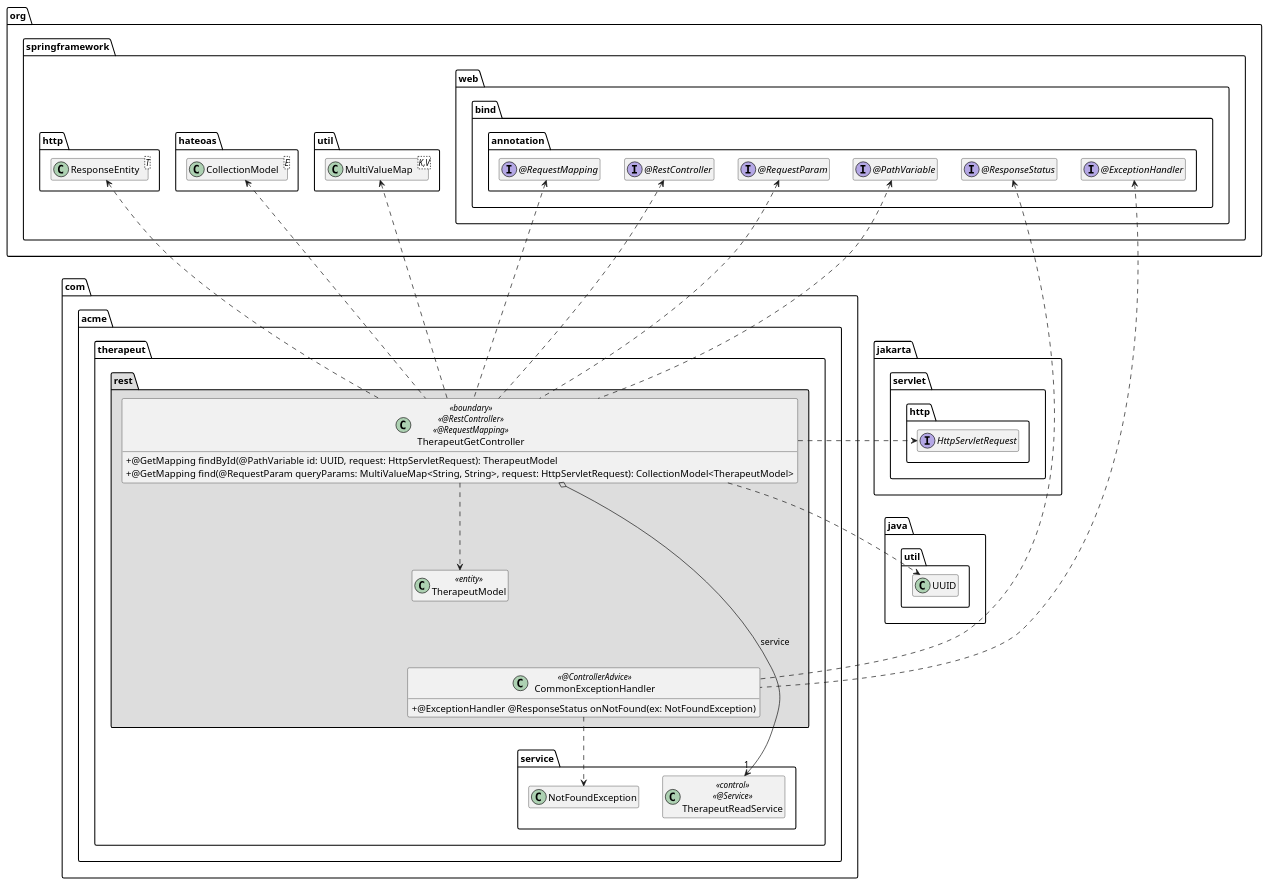
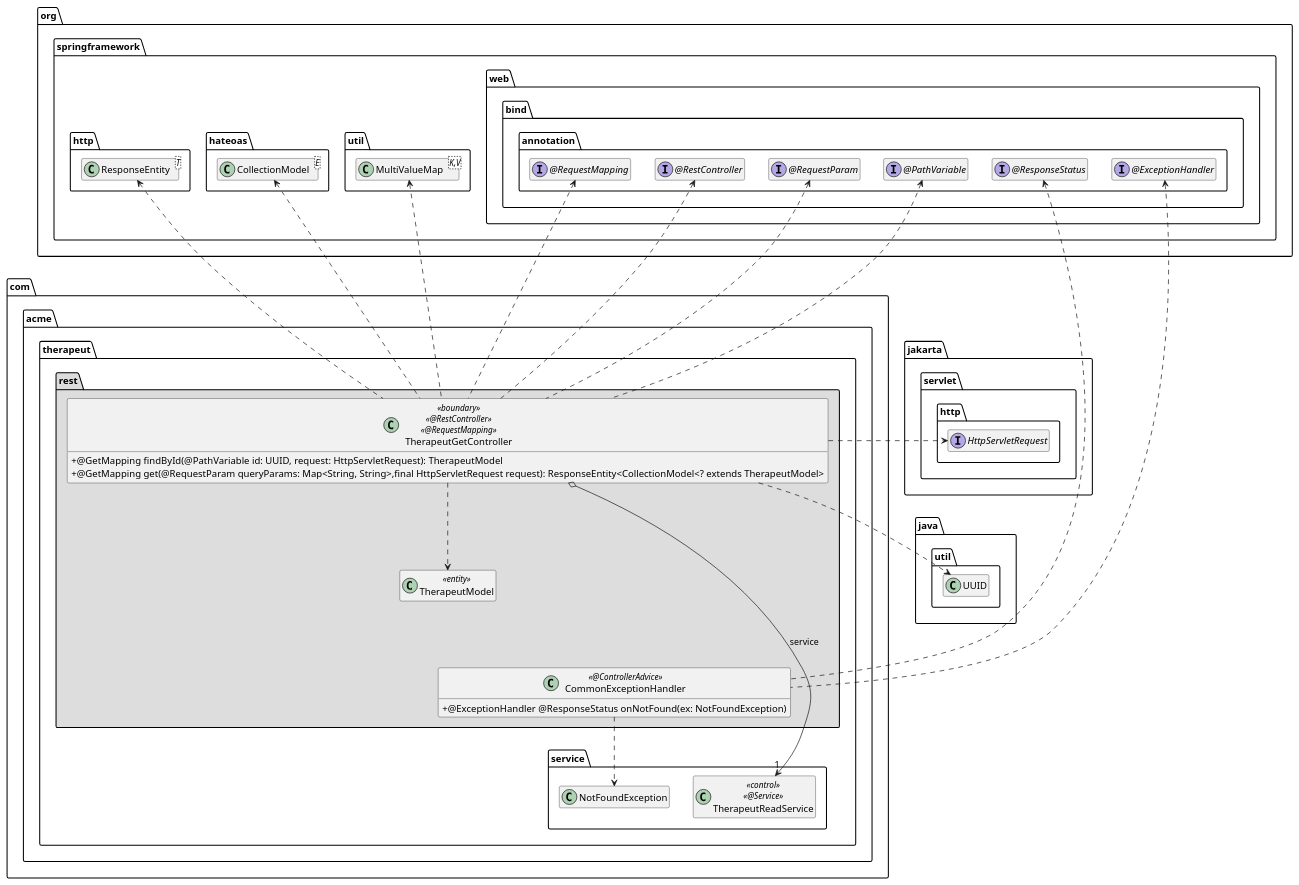
Before and after one commit to vatitin/therapeut: the diagram in extras/doc/TherapeutGetController.plantuml, drawn with PlantUML. The commit also changed 37 other files, not shown here.

```diff
--- a/extras/doc/TherapeutGetController.plantuml
+++ b/extras/doc/TherapeutGetController.plantuml
@@ -1,78 +1,78 @@
 @startuml TherapeutGetController
 
 skinparam classAttributeIconSize 0
 
 package org.springframework {
     package web.bind.annotation {
         interface "@RestController" as RestController
         interface "@RequestMapping" as RequestMapping
         interface "@PathVariable" as PathVariable
         interface "@RequestParam" as RequestParam
         interface "@ExceptionHandler" as ExceptionHandler
         interface "@ResponseStatus" as ResponseStatus
     }
 
     package http {
         class ResponseEntity<T>
     }
     package hateoas {
         class CollectionModel<E>
     }
     package util {
         class MultiValueMap<K,V>
     }
 }
 
 package jakarta.servlet.http {
     interface HttpServletRequest
 }
 
 package java.util {
     class UUID
     UUID .up[hidden].> HttpServletRequest
 }
 
 package com.acme.therapeut {
     package service {
         class TherapeutReadService << control >> << @Service >>
         class NotFoundException
     }
 
     package rest #DDDDDD {
         class TherapeutModel <<entity>>
 
         class TherapeutGetController << boundary >> << @RestController >> << @RequestMapping >> {
             + @GetMapping findById(@PathVariable id: UUID, request: HttpServletRequest): TherapeutModel
-            + @GetMapping find(@RequestParam queryParams: MultiValueMap<String, String>, request: HttpServletRequest): CollectionModel<TherapeutModel>
+            + @GetMapping get(@RequestParam queryParams: Map<String, String>,final HttpServletRequest request): ResponseEntity<CollectionModel<? extends TherapeutModel>
         }
 
         class CommonExceptionHandler << @ControllerAdvice >> {
             + @ExceptionHandler @ResponseStatus onNotFound(ex: NotFoundException)
         }
 
         TherapeutGetController o--> "1" TherapeutReadService : service
         TherapeutGetController ..> TherapeutModel
 
         TherapeutGetController .up.> RestController
         TherapeutGetController .up.> RequestMapping
         TherapeutGetController .up.> PathVariable
         TherapeutGetController .up.> RequestParam
         TherapeutGetController .up.> ResponseEntity
         TherapeutGetController .up.> MultiValueMap
         TherapeutGetController .up.> CollectionModel
         TherapeutGetController .right.> HttpServletRequest
 
         CommonExceptionHandler .up.> ExceptionHandler
         CommonExceptionHandler .up.> ResponseStatus
         CommonExceptionHandler ..> NotFoundException
         CommonExceptionHandler .up[hidden].> TherapeutModel
 
         TherapeutGetController .right.> UUID
 
         TherapeutModel .[hidden].> TherapeutReadService
     }
 }
 
 hide empty members
 
 @enduml
```
